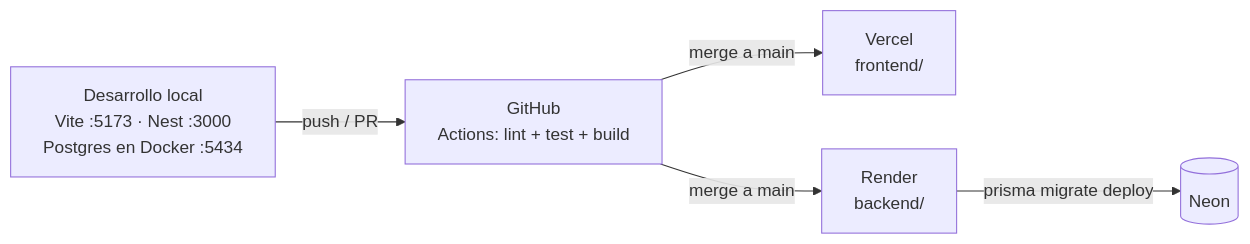
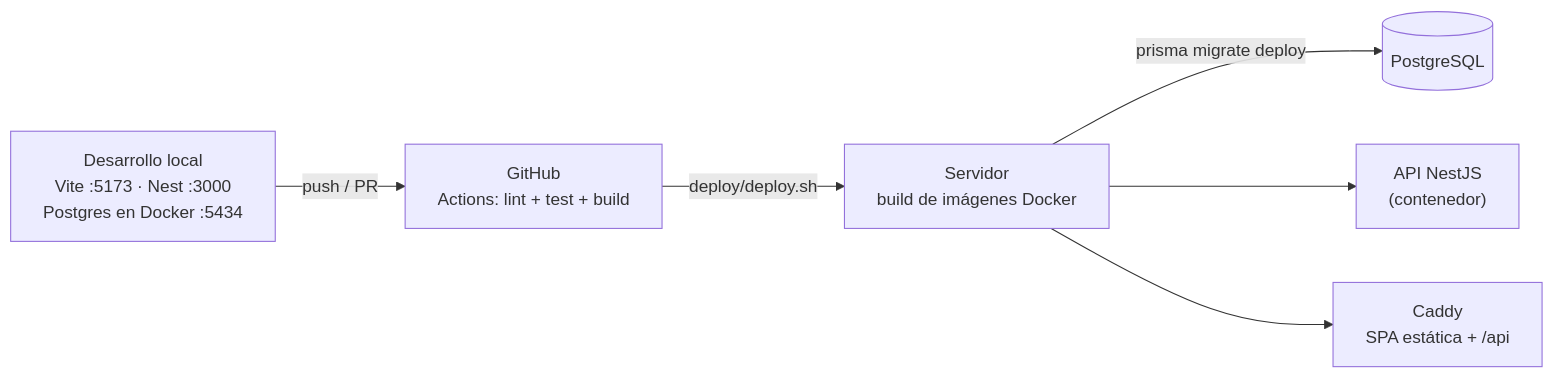
The third of 3 diagrams in docs/arquitectura.md (treynoso-codetria/proyecto-final-tupad-pasantias), drawn with Mermaid before and after one commit. The commit also changed other lines of this file and 21 other files, not shown here.

````diff
--- a/docs/arquitectura.md
+++ b/docs/arquitectura.md
@@ -169,7 +169,8 @@
 ```mermaid
 flowchart LR
     Dev["Desarrollo local<br/>Vite :5173 · Nest :3000<br/>Postgres en Docker :5434"] -->|push / PR| GH["GitHub<br/>Actions: lint + test + build"]
-    GH -->|merge a main| V["Vercel<br/>frontend/"]
-    GH -->|merge a main| R["Render<br/>backend/"]
-    R -->|prisma migrate deploy| N[("Neon")]
+    GH -->|deploy/deploy.sh| S["Servidor<br/>build de imágenes Docker"]
+    S -->|prisma migrate deploy| N[("PostgreSQL")]
+    S --> A["API NestJS<br/>(contenedor)"]
+    S --> C["Caddy<br/>SPA estática + /api"]
 ```
````
